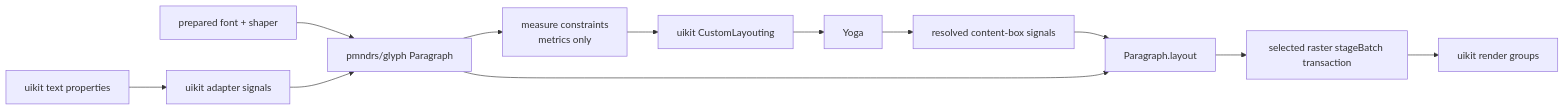
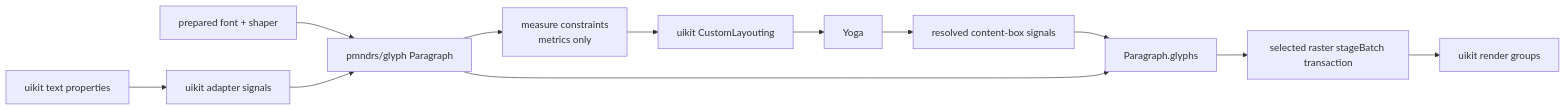
The second of 2 diagrams in docs/planning/uikit-integration.md (pmndrs/glyph), drawn with Mermaid before and after one commit. The commit also changed other lines of this file and 7 other files, not shown here.

````diff
--- a/docs/planning/uikit-integration.md
+++ b/docs/planning/uikit-integration.md
@@ -89,13 +89,13 @@
 ```mermaid
 flowchart LR
   Props["uikit text properties"] --> Adapter["uikit adapter signals"]
   Ready["prepared font + shaper"] --> Paragraph["pmndrs/glyph Paragraph"]
   Adapter --> Paragraph
   Paragraph --> Measure["measure constraints<br/>metrics only"]
   Measure --> Custom["uikit CustomLayouting"] --> Yoga
   Yoga --> ContentBox["resolved content-box signals"]
-  ContentBox --> Layout["Paragraph.layout"]
-  Paragraph --> Layout
-  Layout --> Batches["selected raster stageBatch transaction"]
+  ContentBox --> Glyphs["Paragraph.glyphs"]
+  Paragraph --> Glyphs
+  Glyphs --> Batches["selected raster stageBatch transaction"]
   Batches --> uikitRoot["uikit render groups"]
 ```
````
